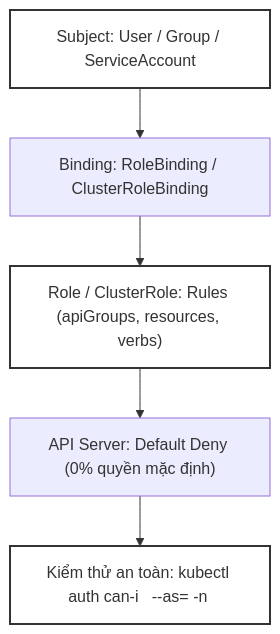
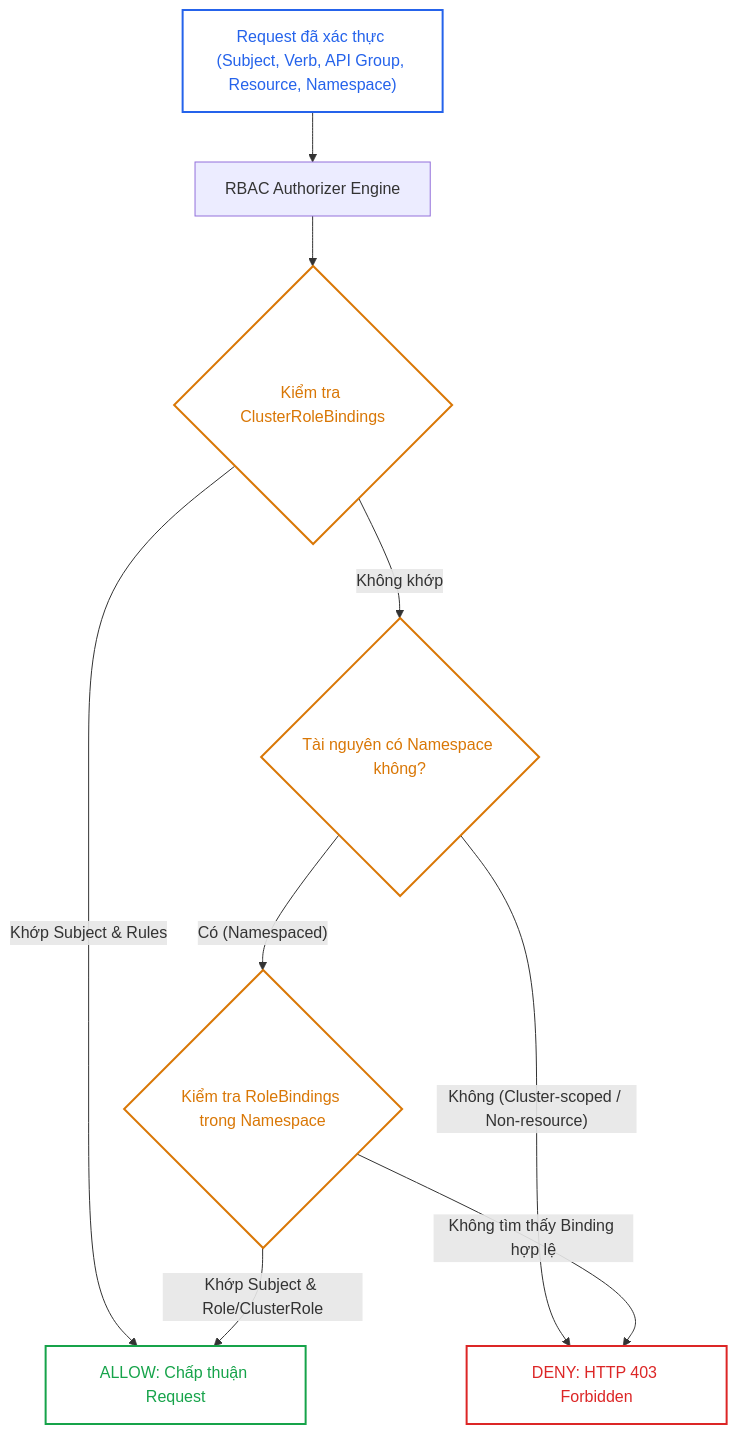
The first of 4 diagrams in _posts/2026-09-12-cka-10-10-rbac-vai-va-rang-buoc.md (kiennt308/ntk), drawn with Mermaid before and after one commit. The commit also changed other lines of this file and 39 other files, not shown here.

````diff
--- a/_posts/2026-09-12-cka-10-10-rbac-vai-va-rang-buoc.md
+++ b/_posts/2026-09-12-cka-10-10-rbac-vai-va-rang-buoc.md
@@ -374,11 +50,19 @@
 ```mermaid
-graph TD
-    A["Subject: User / Group / ServiceAccount"] --> B["Binding: RoleBinding / ClusterRoleBinding"]
-    B --> C["Role / ClusterRole: Rules (apiGroups, resources, verbs)"]
-    C --> D["API Server: Default Deny (0% quyền mặc định)"]
-    D --> E["Kiểm thử an toàn: kubectl auth can-i <verb> <resource> --as=<user> -n <ns>"]
+flowchart TD
+    classDef req fill:none,stroke:#2563eb,stroke-width:2px,color:#2563eb;
+    classDef check fill:none,stroke:#d97706,stroke-width:2px,color:#d97706;
+    classDef allow fill:none,stroke:#16a34a,stroke-width:2px,color:#16a34a;
+    classDef deny fill:none,stroke:#dc2626,stroke-width:2px,color:#dc2626;
 
-    style A fill:none,stroke:#333,stroke-width:2px
-    style C fill:none,stroke:#333,stroke-width:2px
-    style E fill:none,stroke:#333,stroke-width:2px
+    Client["Request đã xác thực (Subject, Verb, API Group, Resource, Namespace)"]:::req --> Handler["RBAC Authorizer Engine"]
+    
+    Handler --> Step1{"Kiểm tra ClusterRoleBindings"}:::check
+    Step1 -- "Khớp Subject & Rules" --> AllowAction["ALLOW: Chấp thuận Request"]:::allow
+    Step1 -- "Không khớp" --> Step2{"Tài nguyên có Namespace không?"}:::check
+    
+    Step2 -- "Không (Cluster-scoped / Non-resource)" --> DenyAction["DENY: HTTP 403 Forbidden"]:::deny
+    Step2 -- "Có (Namespaced)" --> Step3{"Kiểm tra RoleBindings trong Namespace"}:::check
+    
+    Step3 -- "Khớp Subject & Role/ClusterRole" --> AllowAction
+    Step3 -- "Không tìm thấy Binding hợp lệ" --> DenyAction
 ```
````
